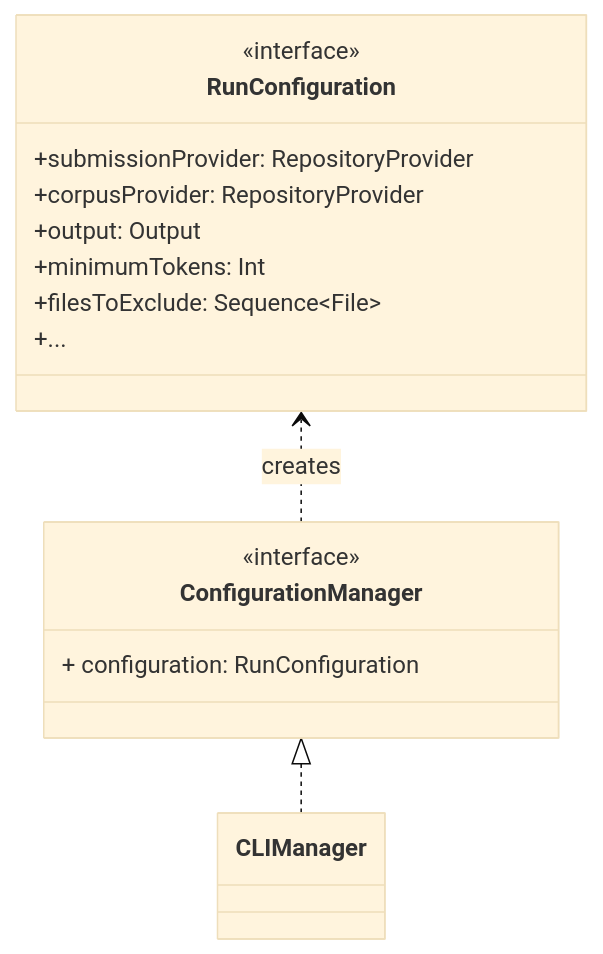
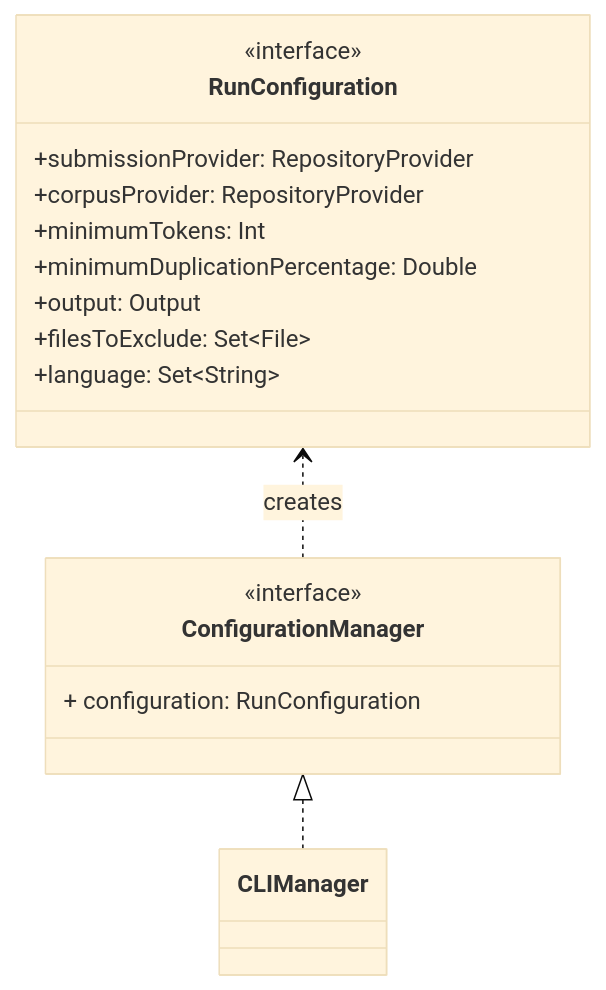
Before and after one commit to tassiLuca/code-plagiarism-detector-doc: diagram 12 of 13 in doc.md, drawn with Mermaid (base theme). The commit also changed other lines of this file, not shown here.

````diff
--- a/doc.md
+++ b/doc.md
@@ -503,24 +504,25 @@
 ```mermaid 
 classDiagram
     direction BT
     class ConfigurationManager {
         <<interface>>
         + configuration: RunConfiguration
     } 
 
     class CLIManager {
 
     }
     CLIManager ..|> ConfigurationManager
 
     class RunConfiguration {
         <<interface>>
         +submissionProvider: RepositoryProvider
         +corpusProvider: RepositoryProvider
+        +minimumTokens: Int
+        +minimumDuplicationPercentage: Double
         +output: Output
-        +minimumTokens: Int
-        +filesToExclude: Sequence~File~
-        +...
+        +filesToExclude: Set~File~
+        +language: Set~String~
     }
     ConfigurationManager ..> RunConfiguration : creates
 ```
````
